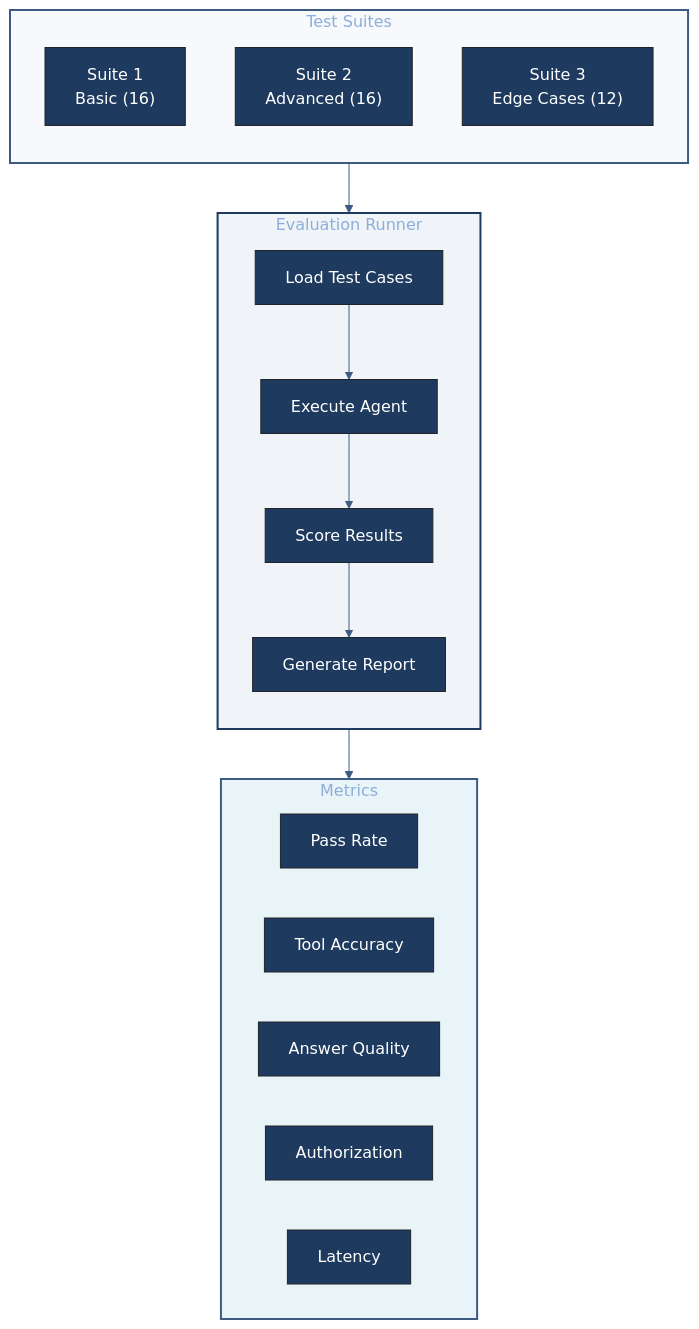
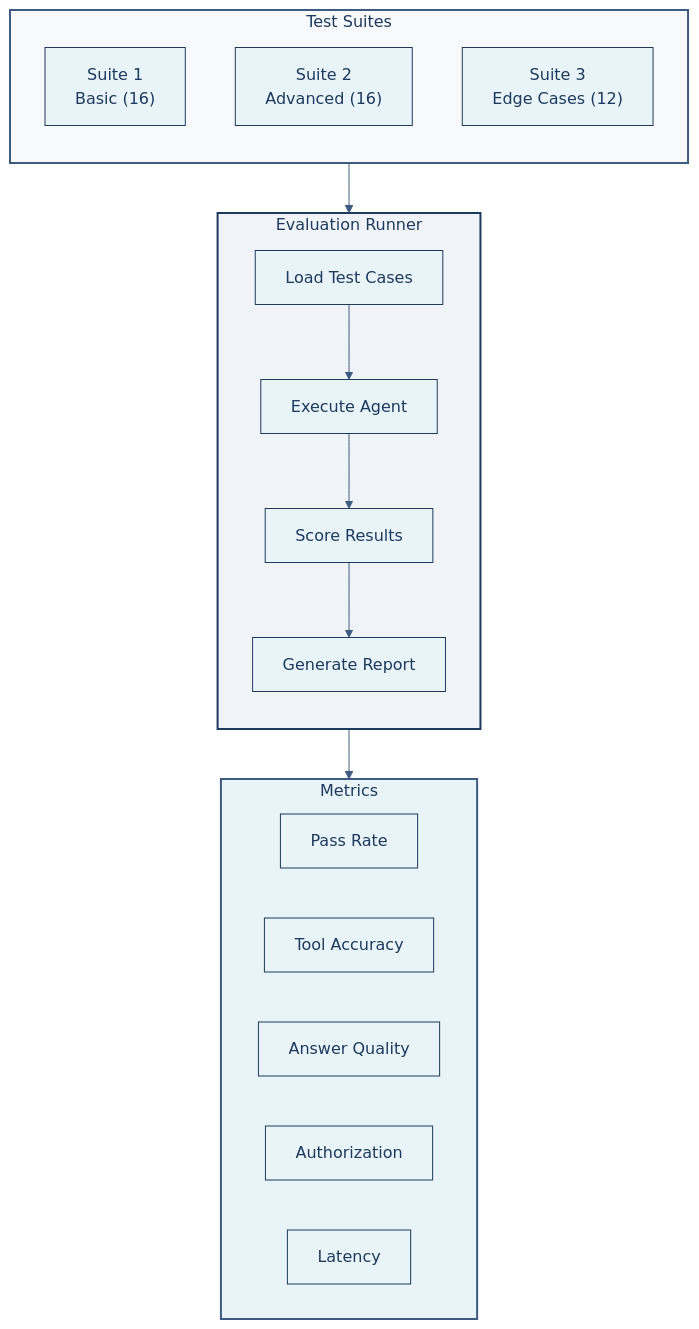
Before and after one commit to ruthvik-jeev/hr-agent: the first of 4 diagrams in EVALUATION.md, drawn with Mermaid. The commit also changed other lines of this file and 5 other files, not shown here.

First line of the commit message:
fix: improve diagram text visibility with dark text colors

````diff
--- a/EVALUATION.md
+++ b/EVALUATION.md
@@ -32,37 +32,37 @@
 ```mermaid
-%%{init: {'theme': 'base', 'themeVariables': { 'primaryColor': '#1e3a5f', 'primaryTextColor': '#fff', 'lineColor': '#3d5a80'}}}%%
+%%{init: {'theme': 'base', 'themeVariables': { 'primaryColor': '#e8f4f8', 'primaryTextColor': '#1e3a5f', 'primaryBorderColor': '#1e3a5f', 'lineColor': '#3d5a80', 'secondaryColor': '#f0f4f8', 'tertiaryColor': '#f7f9fc', 'nodeTextColor': '#1e3a5f', 'textColor': '#1e3a5f'}}}%%
 
 flowchart TB
     subgraph RUNNER["Evaluation Runner"]
         direction TB
         LOAD["Load Test Cases"]
         EXEC["Execute Agent"]
         SCORE["Score Results"]
         REPORT["Generate Report"]
         
         LOAD --> EXEC --> SCORE --> REPORT
     end
     
     subgraph METRICS["Metrics"]
         direction LR
         M1["Pass Rate"]
         M2["Tool Accuracy"]
         M3["Answer Quality"]
         M4["Authorization"]
         M5["Latency"]
     end
     
     subgraph CASES["Test Suites"]
         direction TB
         S1["Suite 1<br/>Basic (16)"]
         S2["Suite 2<br/>Advanced (16)"]
         S3["Suite 3<br/>Edge Cases (12)"]
     end
     
     CASES --> RUNNER
     RUNNER --> METRICS
     
-    style RUNNER fill:#f0f4f8,stroke:#1e3a5f,stroke-width:2px
-    style METRICS fill:#e8f4f8,stroke:#3d5a80,stroke-width:2px
-    style CASES fill:#f7f9fc,stroke:#3d5a80,stroke-width:2px
+    style RUNNER fill:#f0f4f8,stroke:#1e3a5f,stroke-width:2px,color:#1e3a5f
+    style METRICS fill:#e8f4f8,stroke:#3d5a80,stroke-width:2px,color:#1e3a5f
+    style CASES fill:#f7f9fc,stroke:#3d5a80,stroke-width:2px,color:#1e3a5f
 ```
````
